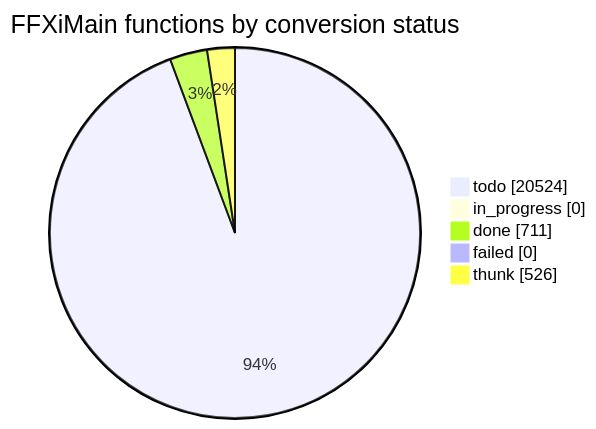
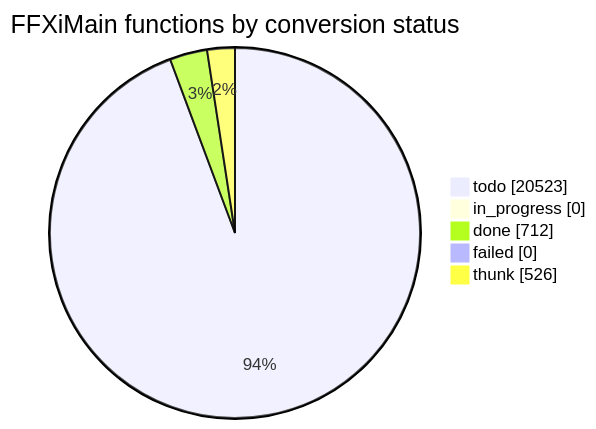
Before and after one commit to cowrevenge/cow_kuluu_xi_anything: the diagram in docs/cow/STATUS.md, drawn with Mermaid. The commit also changed other lines of this file and 9 other files, not shown here.

````diff
--- a/docs/cow/STATUS.md
+++ b/docs/cow/STATUS.md
@@ -18,9 +18,9 @@
 ```mermaid
 pie showData
     title FFXiMain functions by conversion status
-    "todo" : 20524
+    "todo" : 20523
     "in_progress" : 0
-    "done" : 711
+    "done" : 712
     "failed" : 0
     "thunk" : 526
 ```
````
